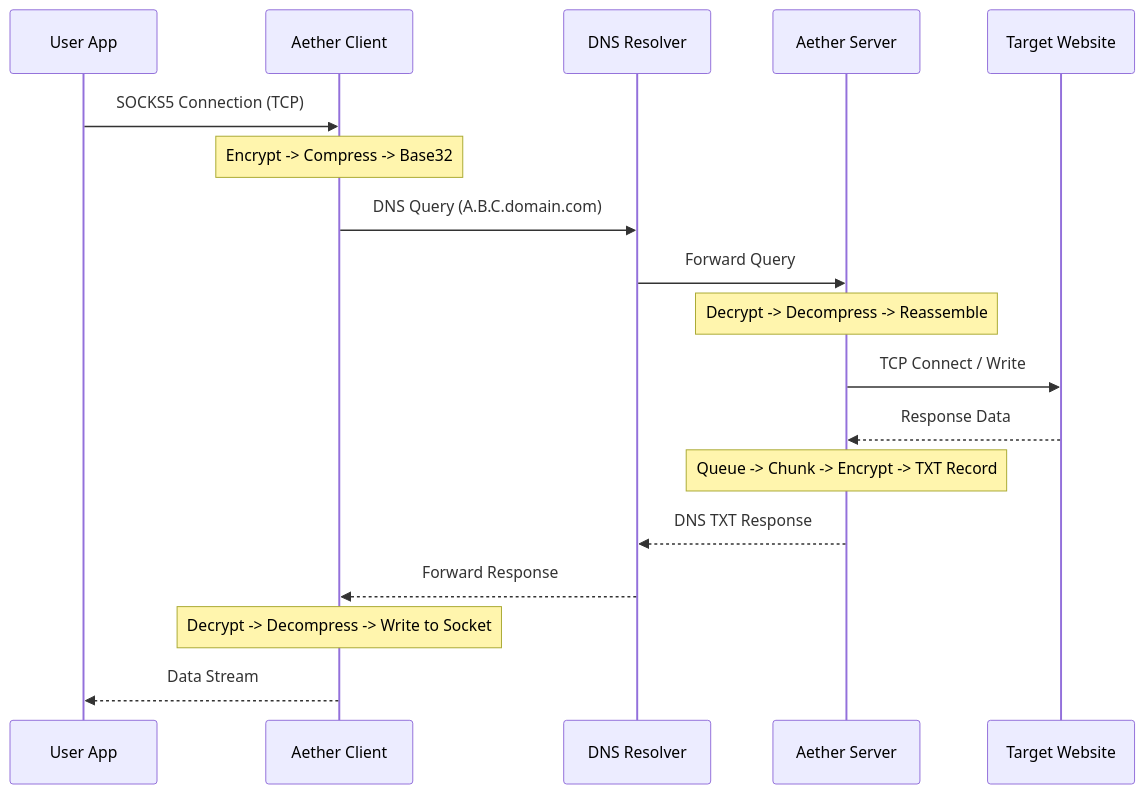
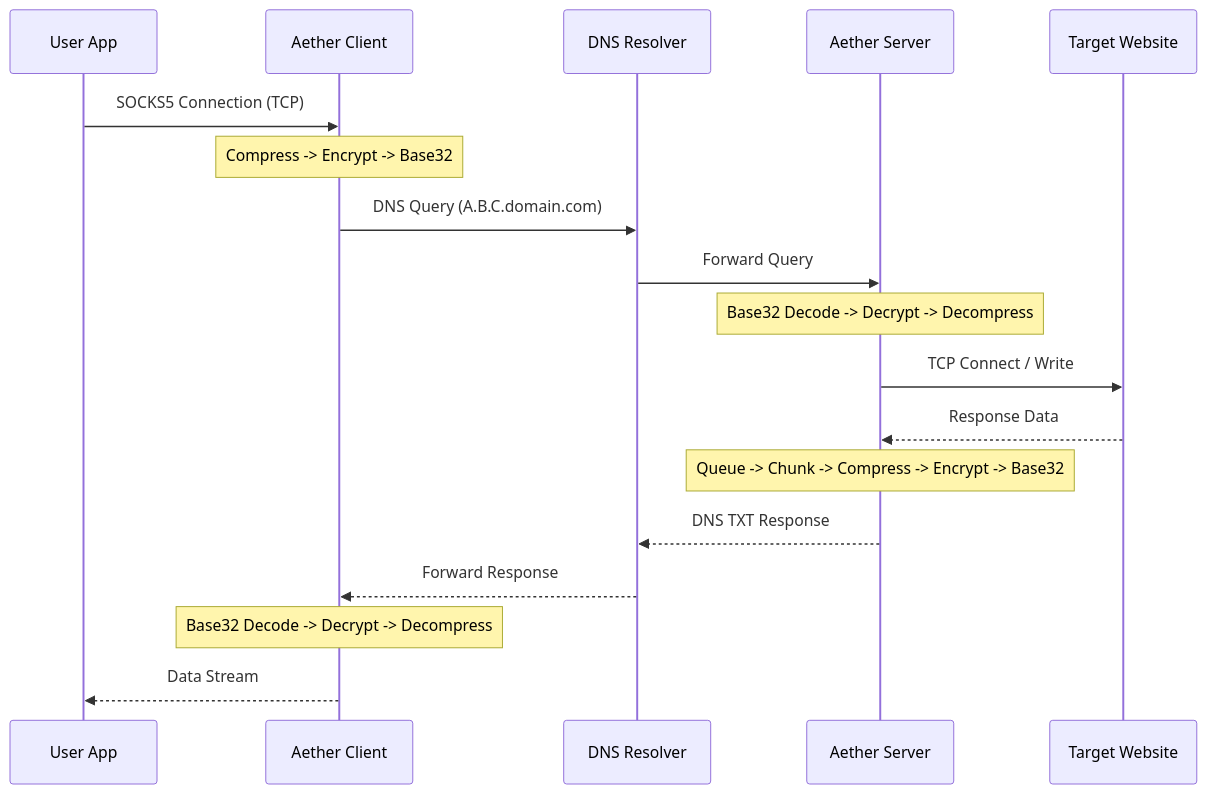
One commit to ArashDoDo2/Aether changed the diagram in README.md. Above: the diagram before and after it, drawn with Mermaid.

Commit message:
docs: correct compression/encryption order in architecture diagram

````diff
--- a/README.md
+++ b/README.md
@@ -22,21 +22,21 @@
 ```mermaid
 sequenceDiagram
     participant App as User App
     participant Client as Aether Client
     participant DNS as DNS Resolver
     participant Server as Aether Server
     participant Target as Target Website
 
     App->>Client: SOCKS5 Connection (TCP)
-    Note over Client: Encrypt -> Compress -> Base32
+    Note over Client: Compress -> Encrypt -> Base32
     Client->>DNS: DNS Query (A.B.C.domain.com)
     DNS->>Server: Forward Query
-    Note over Server: Decrypt -> Decompress -> Reassemble
+    Note over Server: Base32 Decode -> Decrypt -> Decompress
     Server->>Target: TCP Connect / Write
     Target-->>Server: Response Data
-    Note over Server: Queue -> Chunk -> Encrypt -> TXT Record
+    Note over Server: Queue -> Chunk -> Compress -> Encrypt -> Base32
     Server-->>DNS: DNS TXT Response
     DNS-->>Client: Forward Response
-    Note over Client: Decrypt -> Decompress -> Write to Socket
+    Note over Client: Base32 Decode -> Decrypt -> Decompress
     Client-->>App: Data Stream
 ```
````
